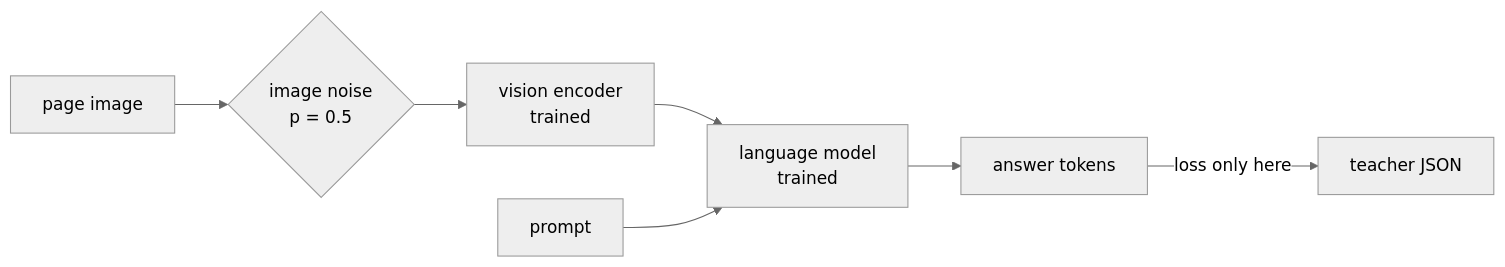
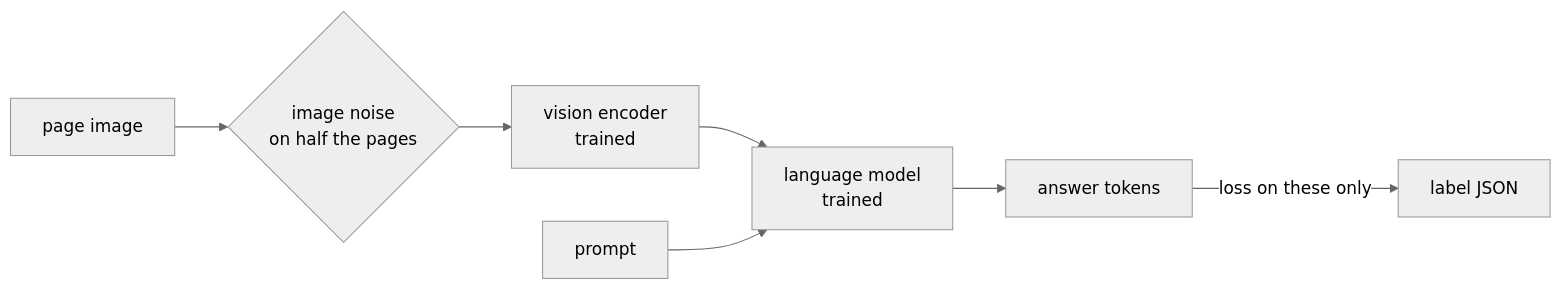
One commit to iamkucuk/tiny-resume-parser changed the second of 2 diagrams in docs/how-it-works.md. Above: the diagram before and after it, drawn with Mermaid (neutral theme). The commit also changed other lines of this file and 21 other files, not shown here.

````diff
--- a/docs/how-it-works.md
+++ b/docs/how-it-works.md
@@ -50,9 +52,9 @@
 ```mermaid
 flowchart LR
-    I[page image] --> N{image noise<br/>p = 0.5}
+    I[page image] --> N{image noise<br/>on half the pages}
     N --> V[vision encoder<br/>trained]
     V --> L[language model<br/>trained]
     P[prompt] --> L
     L --> O[answer tokens]
-    O -->|loss only here| T[teacher JSON]
+    O -->|loss on these only| T[label JSON]
 ```
````
